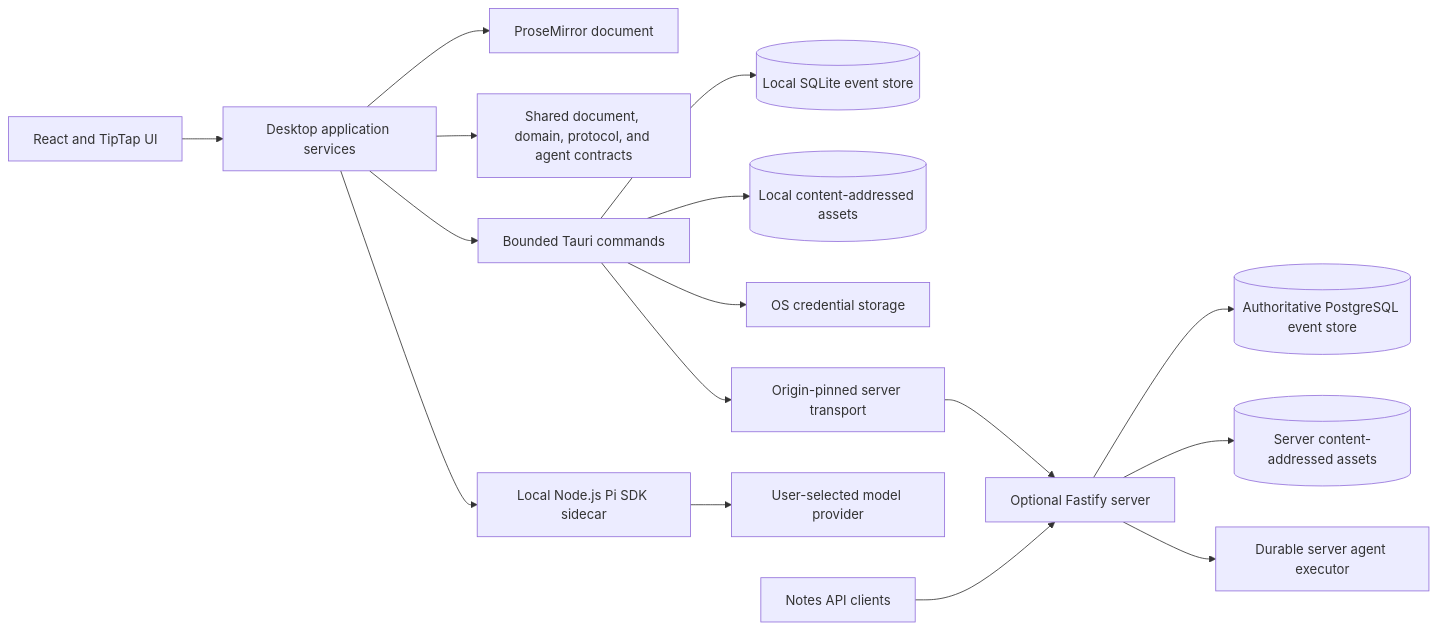
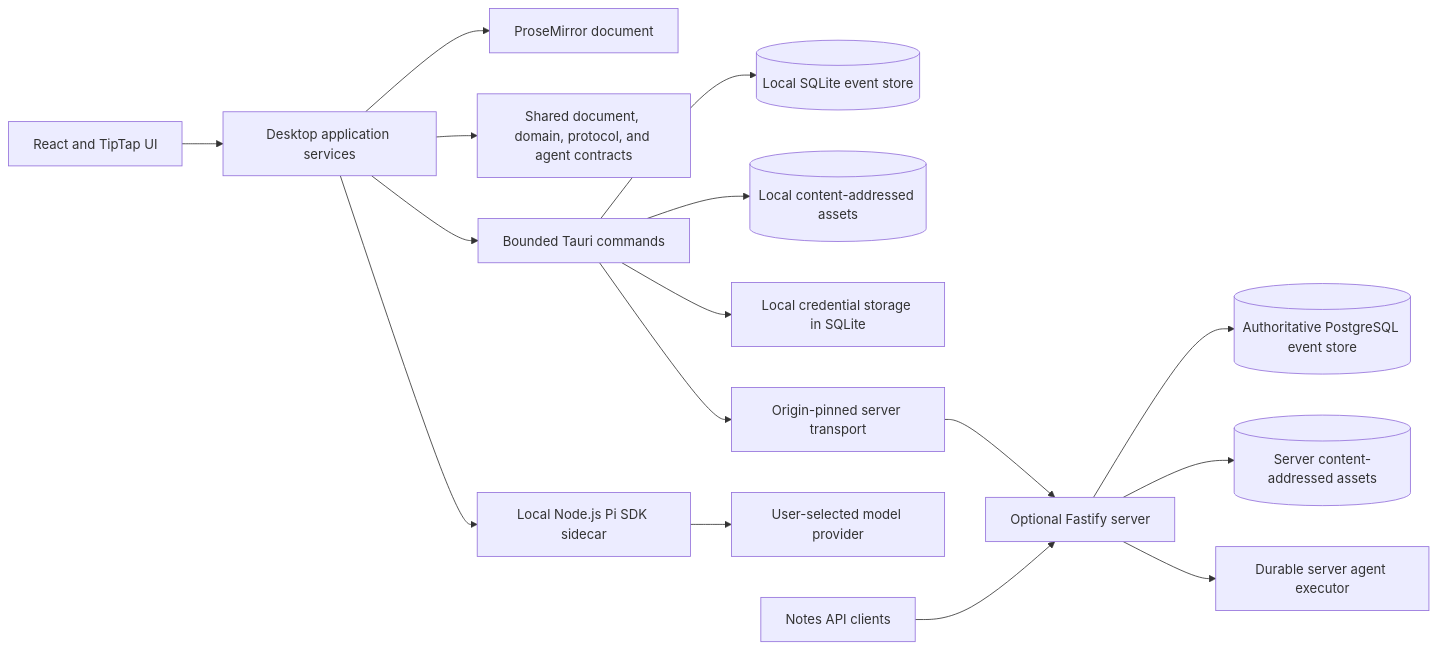
Before and after one commit to tenzki/forage: the diagram in docs/architecture.md, drawn with Mermaid. The commit also changed other lines of this file and 26 other files, not shown here.

````diff
--- a/docs/architecture.md
+++ b/docs/architecture.md
@@ -7,18 +7,18 @@
 ```mermaid
 flowchart LR
     UI[React and TipTap UI] --> APP[Desktop application services]
     APP --> DOC[ProseMirror document]
     APP --> DOMAIN[Shared document, domain, protocol, and agent contracts]
     APP --> IPC[Bounded Tauri commands]
     IPC --> SQLITE[(Local SQLite event store)]
     IPC --> ASSETS[(Local content-addressed assets)]
-    IPC --> VAULT[OS credential storage]
+    IPC --> VAULT[Local credential storage in SQLite]
     IPC --> TRANSPORT[Origin-pinned server transport]
     APP --> SIDECAR[Local Node.js Pi SDK sidecar]
     SIDECAR --> MODELS[User-selected model provider]
     TRANSPORT --> SERVER[Optional Fastify server]
     SERVER --> POSTGRES[(Authoritative PostgreSQL event store)]
     SERVER --> SERVER_ASSETS[(Server content-addressed assets)]
     SERVER --> WORKER[Durable server agent executor]
     CAPTURE[Notes API clients] --> SERVER
 ```
````
